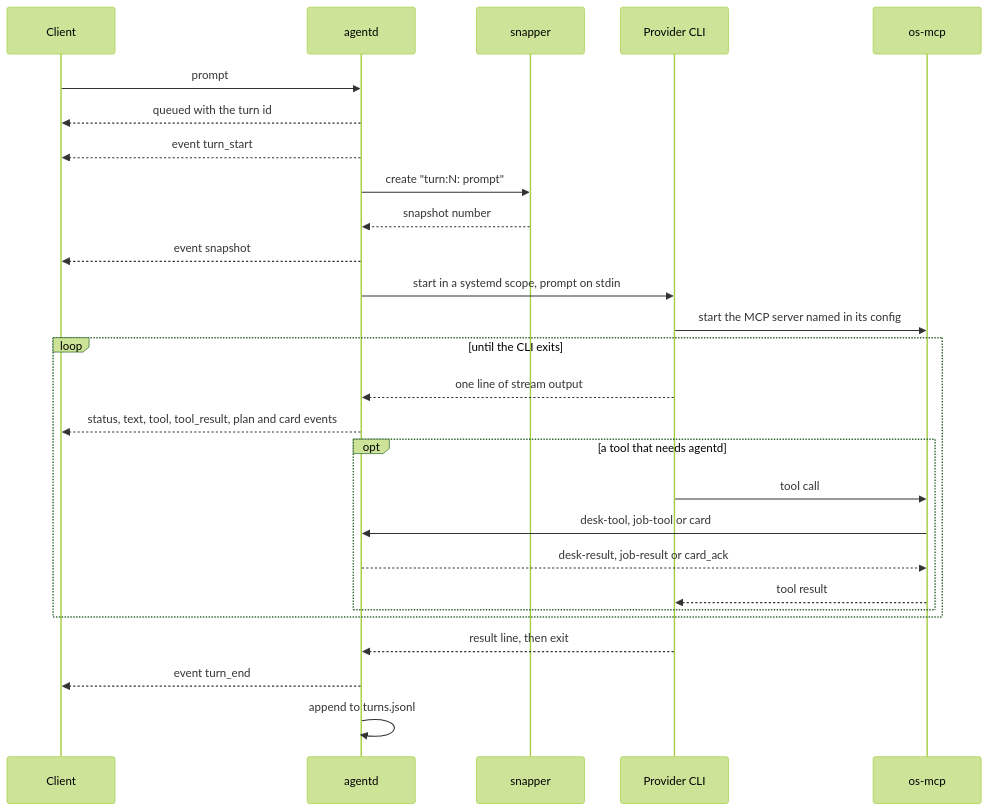
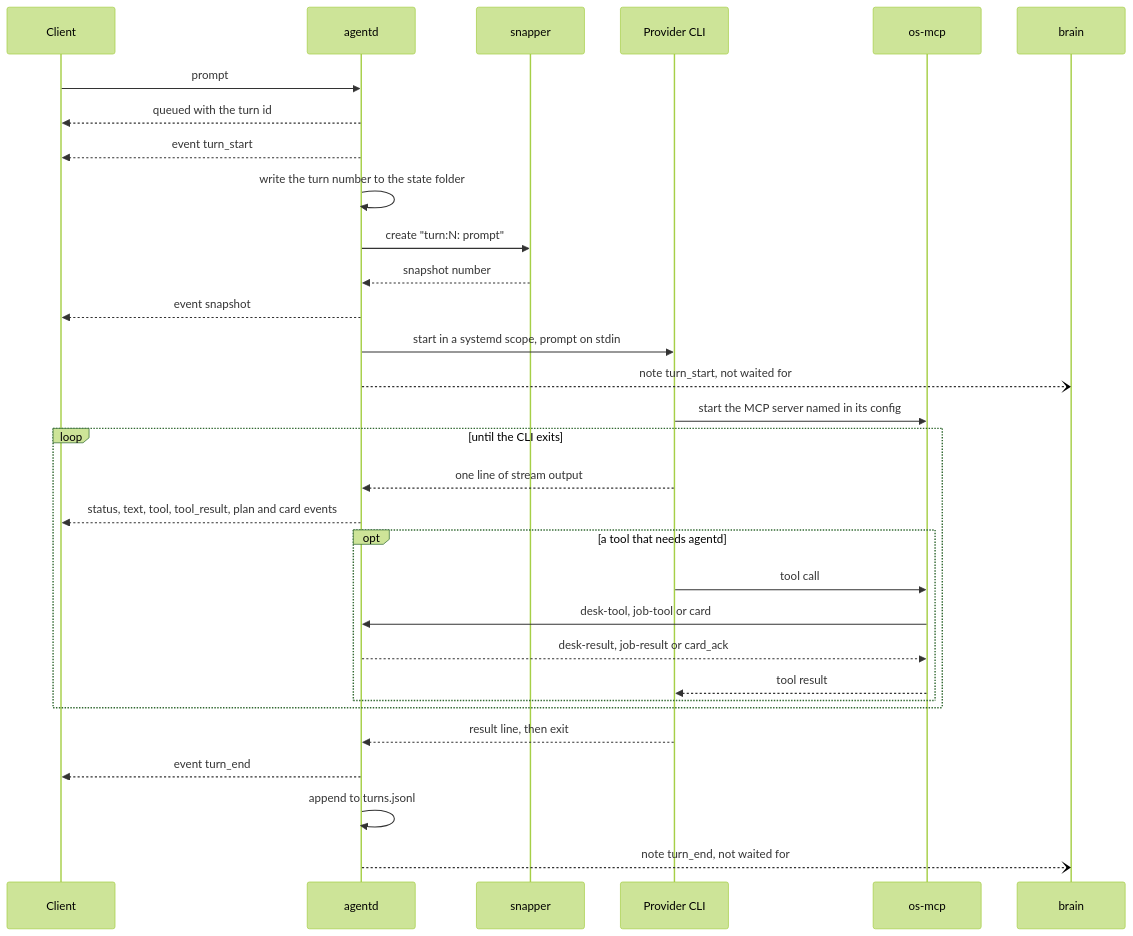
Before and after one commit to thedefaultman/Bombadil: the first of 2 diagrams in docs/architecture/agentd.md, drawn with Mermaid (forest theme). The commit also changed other lines of this file and 26 other files, not shown here.

First line of the commit message:
docs: work in progress on architecture pages, decision log, reference, security model, UX flows, forking guide

````diff
--- a/docs/architecture/agentd.md
+++ b/docs/architecture/agentd.md
@@ -16,29 +14,33 @@
 ```mermaid
 sequenceDiagram
     participant C as Client
     participant A as agentd
     participant S as snapper
     participant P as Provider CLI
     participant M as os-mcp
+    participant B as brain
     C->>A: prompt
     A-->>C: queued with the turn id
     A-->>C: event turn_start
+    A->>A: write the turn number to the state folder
     A->>S: create "turn:N: prompt"
     S-->>A: snapshot number
     A-->>C: event snapshot
     A->>P: start in a systemd scope, prompt on stdin
+    A--)B: note turn_start, not waited for
     P->>M: start the MCP server named in its config
     loop until the CLI exits
         P-->>A: one line of stream output
         A-->>C: status, text, tool, tool_result, plan and card events
         opt a tool that needs agentd
             P->>M: tool call
             M->>A: desk-tool, job-tool or card
             A-->>M: desk-result, job-result or card_ack
             M-->>P: tool result
         end
     end
     P-->>A: result line, then exit
     A-->>C: event turn_end
     A->>A: append to turns.jsonl
+    A--)B: note turn_end, not waited for
 ```
````
